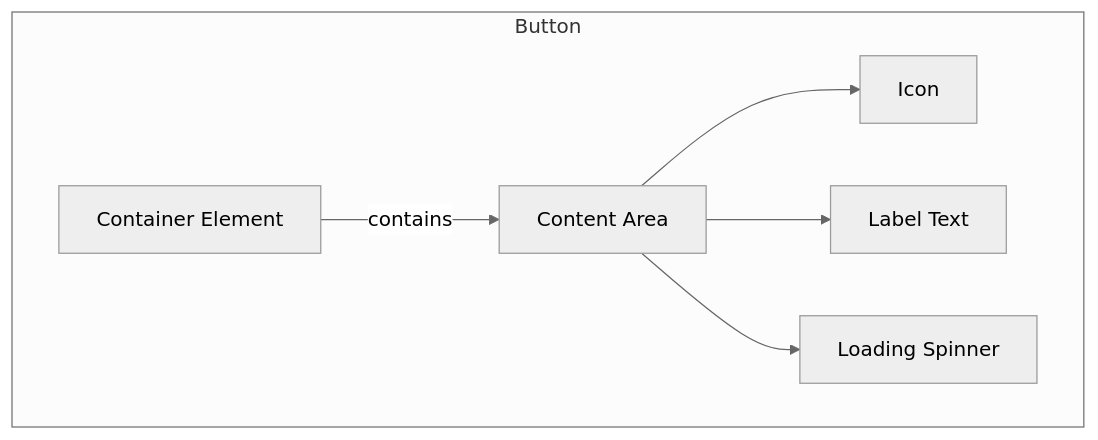
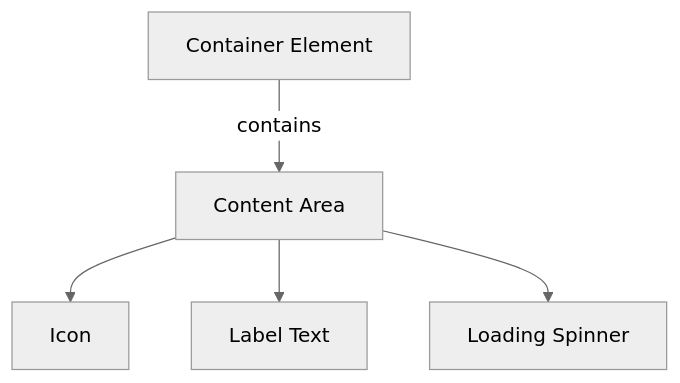
The diagram in apps/web/content/patterns/forms/button.mdx (thedaviddias/ux-patterns-for-developers), drawn with Mermaid (neutral theme) before and after one commit. The commit also changed 19 other files, not shown here.

````diff
--- a/apps/web/content/patterns/forms/button.mdx
+++ b/apps/web/content/patterns/forms/button.mdx
@@ -98,12 +98,7 @@
 ```mermaid
 flowchart TB
-subgraph Button
 Container[Container Element] -->|contains| Content[Content Area]
 Content --> Icon[Icon <optional>]
 Content --> Label[Label Text]
 Content --> LoadingSpinner[Loading Spinner <optional>]
-
-classDef container stroke:#666,stroke-width:2px
-class Button container
-end
 ```
````
